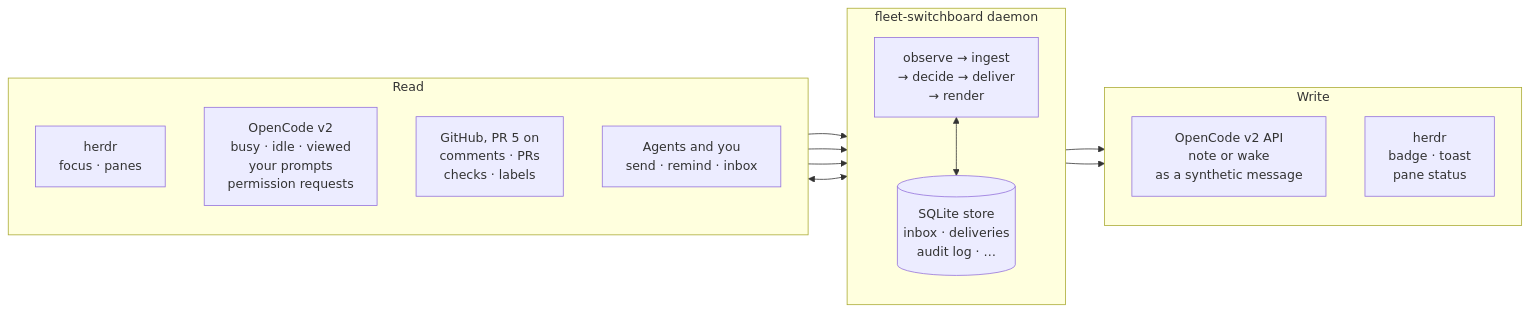
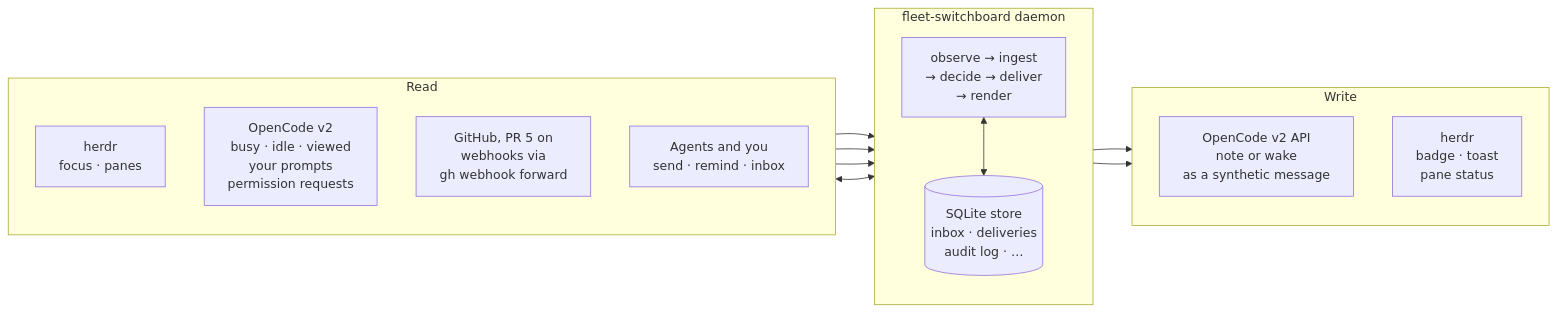
Before and after one commit to adamkaplan/fleet-kit: the third of 10 diagrams in docs/switchboard.md, drawn with Mermaid. The commit also changed other lines of this file, not shown here.

First line of the commit message:
docs: switchboard: GitHub events via gh webhook forward, not polling

````diff
--- a/docs/switchboard.md
+++ b/docs/switchboard.md
@@ -93,27 +94,27 @@
 ```mermaid
 flowchart LR
   subgraph inputs["Read"]
     direction TB
     herdr_in["herdr<br/>focus · panes"]
     oc_in["OpenCode v2<br/>busy · idle · viewed<br/>your prompts<br/>permission requests"]
-    gh_in["GitHub, PR 5 on<br/>comments · PRs<br/>checks · labels"]
+    gh_in["GitHub, PR 5 on<br/>webhooks via<br/>gh webhook forward"]
     cli_in["Agents and you<br/>send · remind · inbox"]
   end
   subgraph daemon["fleet-switchboard daemon"]
     direction TB
     loop["observe → ingest<br/>→ decide → deliver<br/>→ render"]
     store[("SQLite store<br/>inbox · deliveries<br/>audit log · …")]
     loop <--> store
   end
   subgraph outputs["Write"]
     direction TB
     oc_out["OpenCode v2 API<br/>note or wake<br/>as a synthetic message"]
     herdr_out["herdr<br/>badge · toast<br/>pane status"]
   end
   herdr_in --> loop
   oc_in --> loop
   gh_in --> loop
   cli_in <--> store
   loop --> oc_out
   loop --> herdr_out
 ```
````
